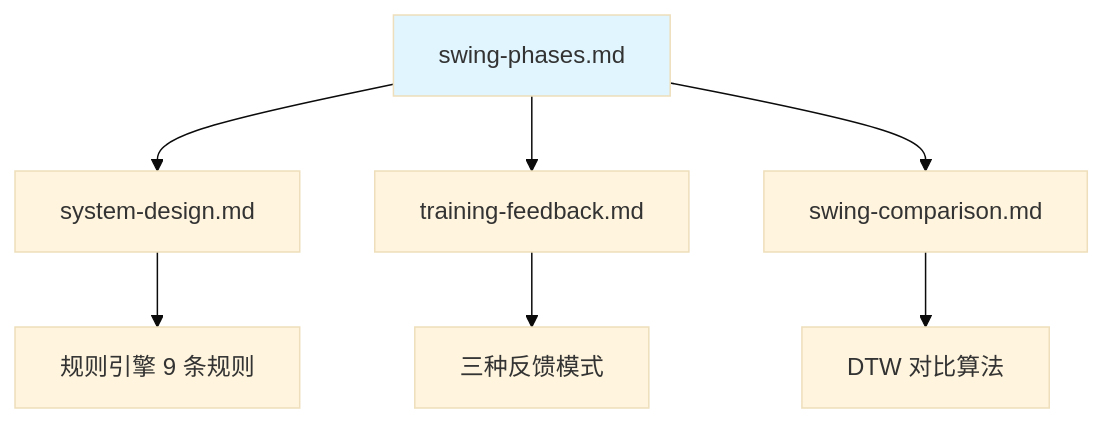
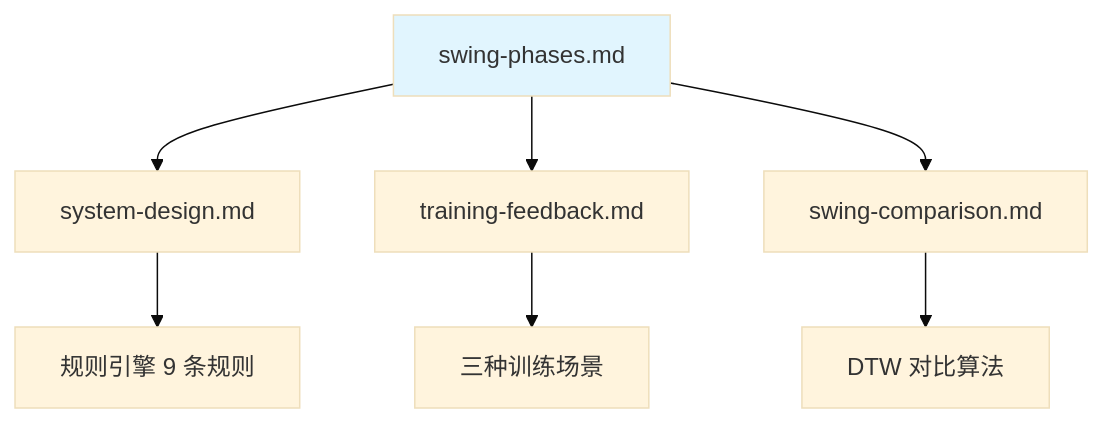
Before and after one commit to movement-chain-ai/movement-chain-docs: the diagram in docs/zh/design/specs/swing-phases.md, drawn with Mermaid (base theme). The commit also changed 2 other files, not shown here.

Commit message:
fix: update remaining "三种反馈模式" to "三种训练场景"
- entry-strategy.md: section title and table header
- product-strategy.md: section title and table header
- swing-phases.md: mermaid diagram label

🤖 Generated with [Claude Code](https://claude.com/claude-code)

````diff
--- a/docs/zh/design/specs/swing-phases.md
+++ b/docs/zh/design/specs/swing-phases.md
@@ -435,12 +435,12 @@
 ```mermaid
 graph TD
     A[swing-phases.md] --> B[system-design.md]
     A --> C[training-feedback.md]
     A --> D[swing-comparison.md]
 
     B --> E[规则引擎 9 条规则]
-    C --> F[三种反馈模式]
+    C --> F[三种训练场景]
     D --> G[DTW 对比算法]
 
     style A fill:#e1f5fe
 ```
````
